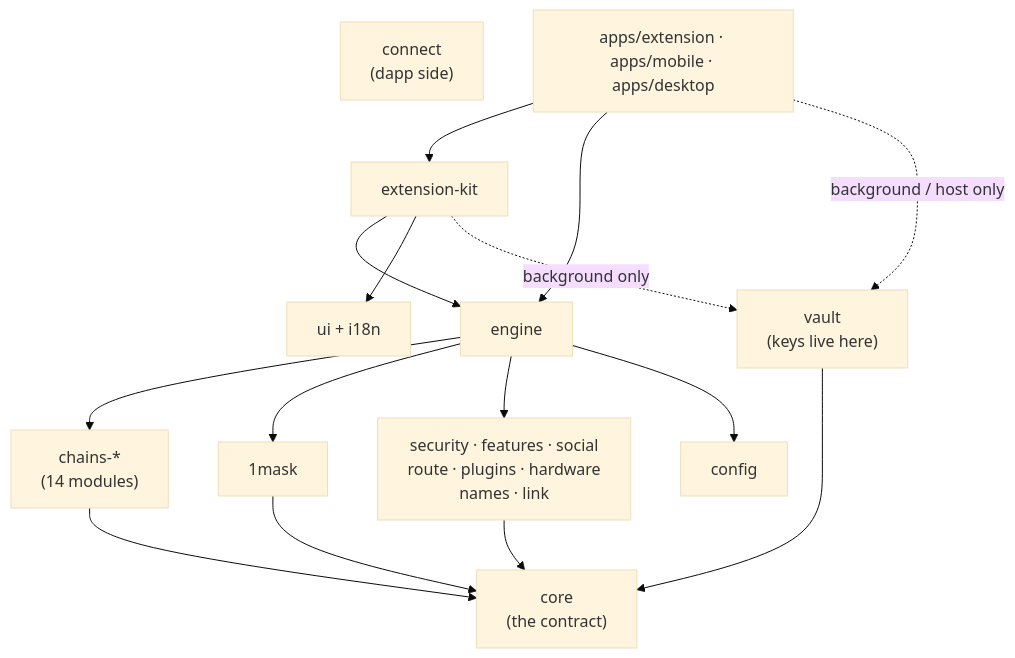
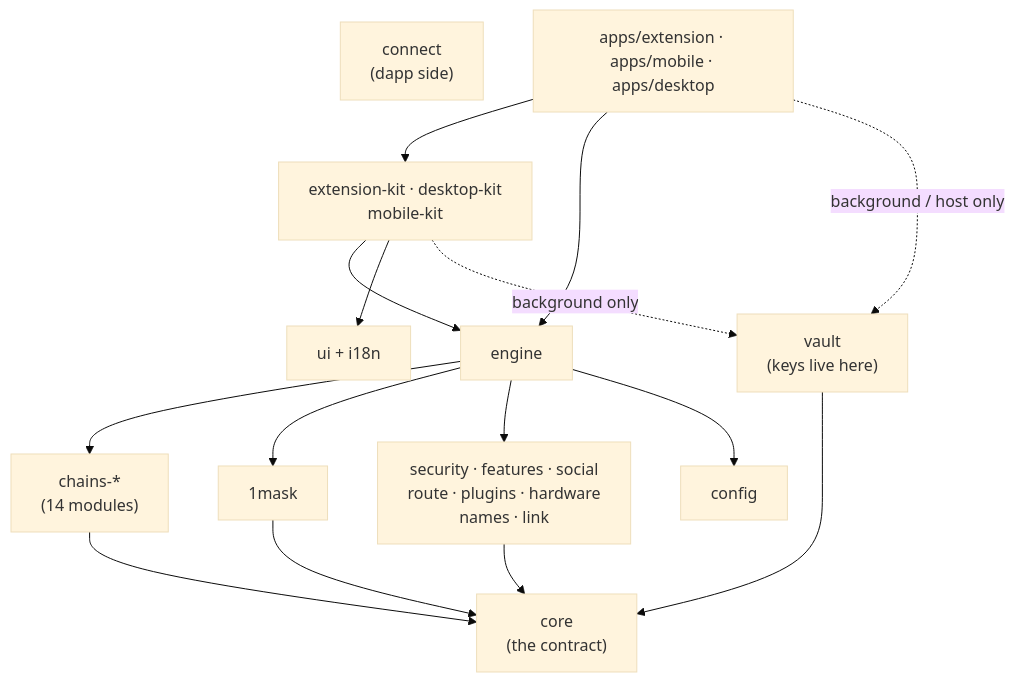
The diagram in apps/docs/src/guide/repo-layout.md (ColdAI-org/clip-wallet), drawn with Mermaid (base theme) before and after one commit. The commit also changed other lines of this file and 40 other files, not shown here.

````diff
--- a/apps/docs/src/guide/repo-layout.md
+++ b/apps/docs/src/guide/repo-layout.md
@@ -50,29 +52,29 @@
 ```mermaid
 flowchart TB
   core["core<br/>(the contract)"]
   config["config"]
   vault["vault<br/>(keys live here)"]
   chains["chains-*<br/>(14 modules)"]
   onemask["1mask"]
   engine["engine"]
-  kit["extension-kit"]
+  kit["extension-kit · desktop-kit<br/>mobile-kit"]
   ui["ui + i18n"]
   extras["security · features · social<br/>route · plugins · hardware<br/>names · link"]
   connect["connect<br/>(dapp side)"]
   apps["apps/extension · apps/mobile · apps/desktop"]
 
   chains --> core
   vault --> core
   onemask --> core
   extras --> core
   engine --> chains
   engine --> onemask
   engine --> extras
   engine --> config
   kit --> engine
   kit --> ui
   apps --> kit
   apps --> engine
   apps -. "background / host only" .-> vault
   kit -. "background only" .-> vault
 ```
````
